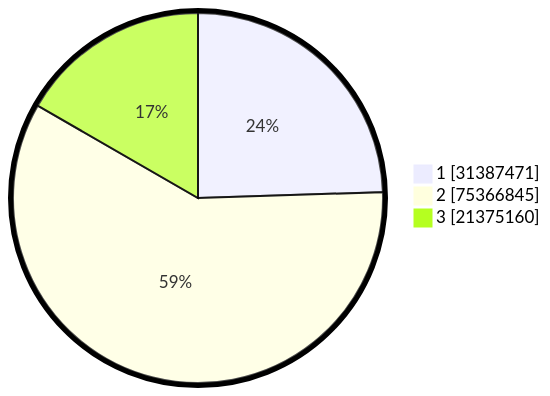
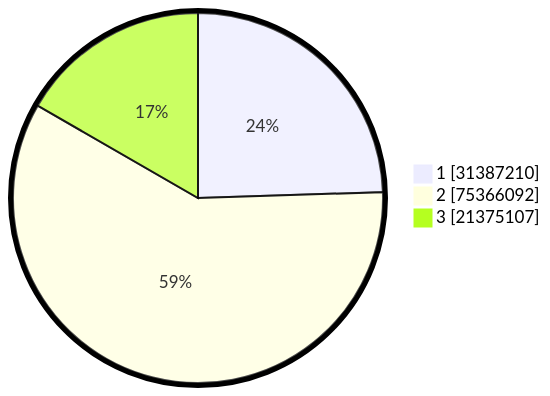
The second of 2 diagrams in pilpres/hitung-suara/README.md (gigit-pemilu/pemilu-2024), drawn with Mermaid before and after one commit. The commit also changed other lines of this file and 5 other files, not shown here.

````diff
--- a/pilpres/hitung-suara/README.md
+++ b/pilpres/hitung-suara/README.md
@@ -93,7 +93,7 @@
 ```mermaid
 %%{init: {"pie": {"textPosition": 0.5}, "themeVariables": {"pieOuterStrokeWidth": "5px"}} }%%
 pie showData
-    "1" : 31387471
-    "2" : 75366845
-    "3" : 21375160
+    "1" : 31387210
+    "2" : 75366092
+    "3" : 21375107
 ```
````
